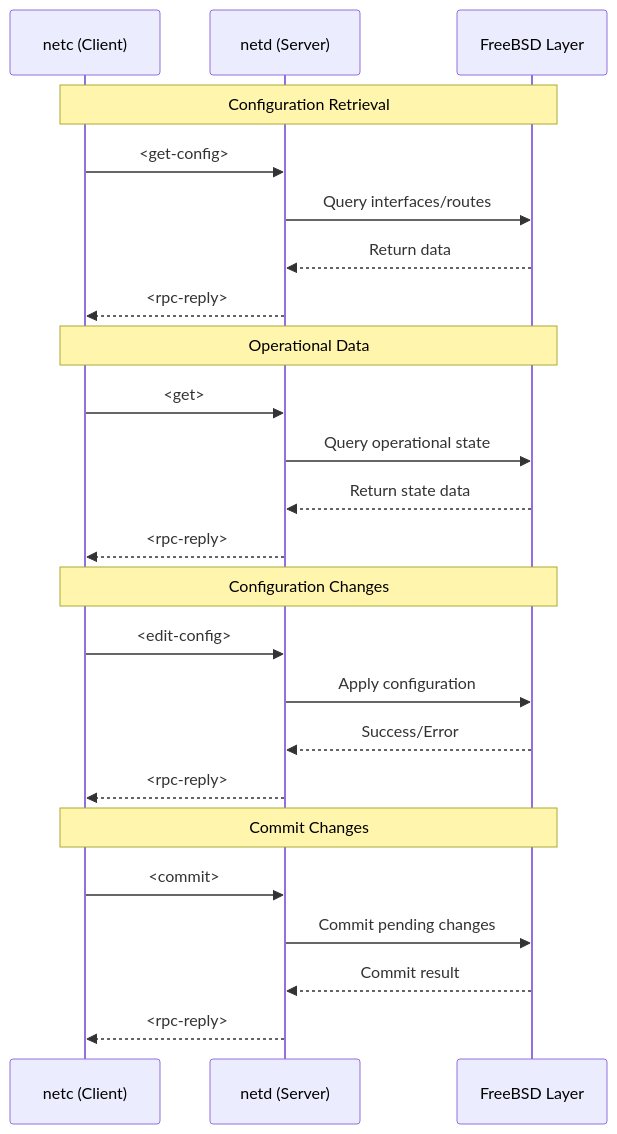
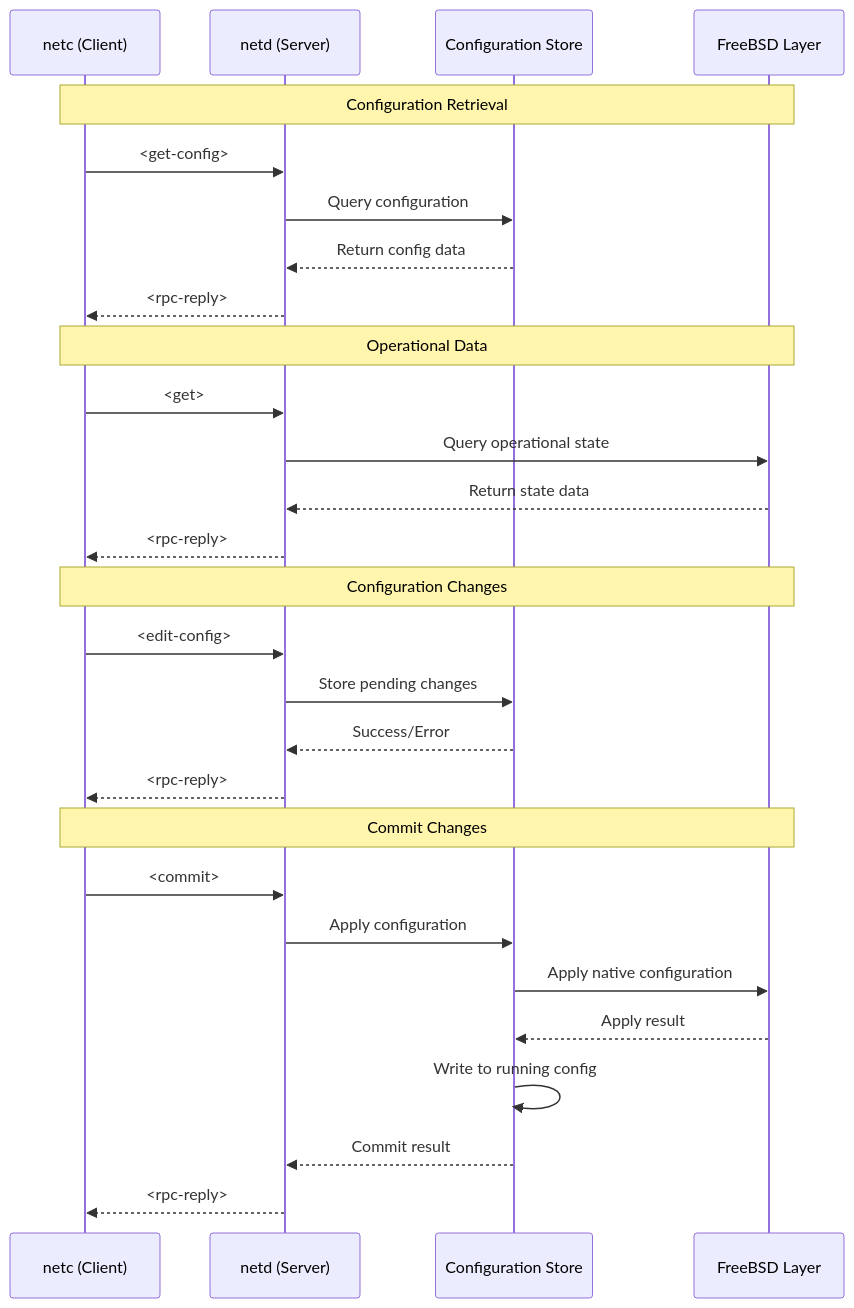
The fourth of 5 diagrams in README.md (Ravenhammer-Research/netd), drawn with Mermaid before and after one commit. The commit also changed other lines of this file, not shown here.

````diff
--- a/README.md
+++ b/README.md
@@ -357,30 +446,34 @@
 ```mermaid
 sequenceDiagram
     participant Client as netc (Client)
     participant Server as netd (Server)
+    participant Store as Configuration Store
     participant FreeBSD as FreeBSD Layer
     
     Note over Client,FreeBSD: Configuration Retrieval
     Client->>Server: <get-config>
-    Server->>FreeBSD: Query interfaces/routes
-    FreeBSD-->>Server: Return data
+    Server->>Store: Query configuration
+    Store-->>Server: Return config data
     Server-->>Client: <rpc-reply>
     
     Note over Client,FreeBSD: Operational Data
     Client->>Server: <get>
     Server->>FreeBSD: Query operational state
     FreeBSD-->>Server: Return state data
     Server-->>Client: <rpc-reply>
     
     Note over Client,FreeBSD: Configuration Changes
     Client->>Server: <edit-config>
-    Server->>FreeBSD: Apply configuration
-    FreeBSD-->>Server: Success/Error
+    Server->>Store: Store pending changes
+    Store-->>Server: Success/Error
     Server-->>Client: <rpc-reply>
     
     Note over Client,FreeBSD: Commit Changes
     Client->>Server: <commit>
-    Server->>FreeBSD: Commit pending changes
-    FreeBSD-->>Server: Commit result
+    Server->>Store: Apply configuration
+    Store->>FreeBSD: Apply native configuration
+    FreeBSD-->>Store: Apply result
+    Store->>Store: Write to running config
+    Store-->>Server: Commit result
     Server-->>Client: <rpc-reply>
 ```
````
